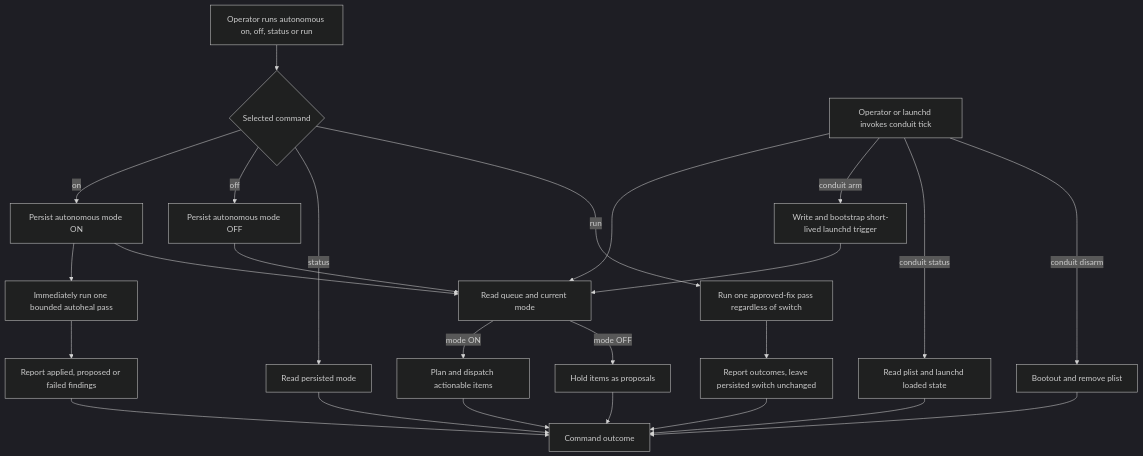
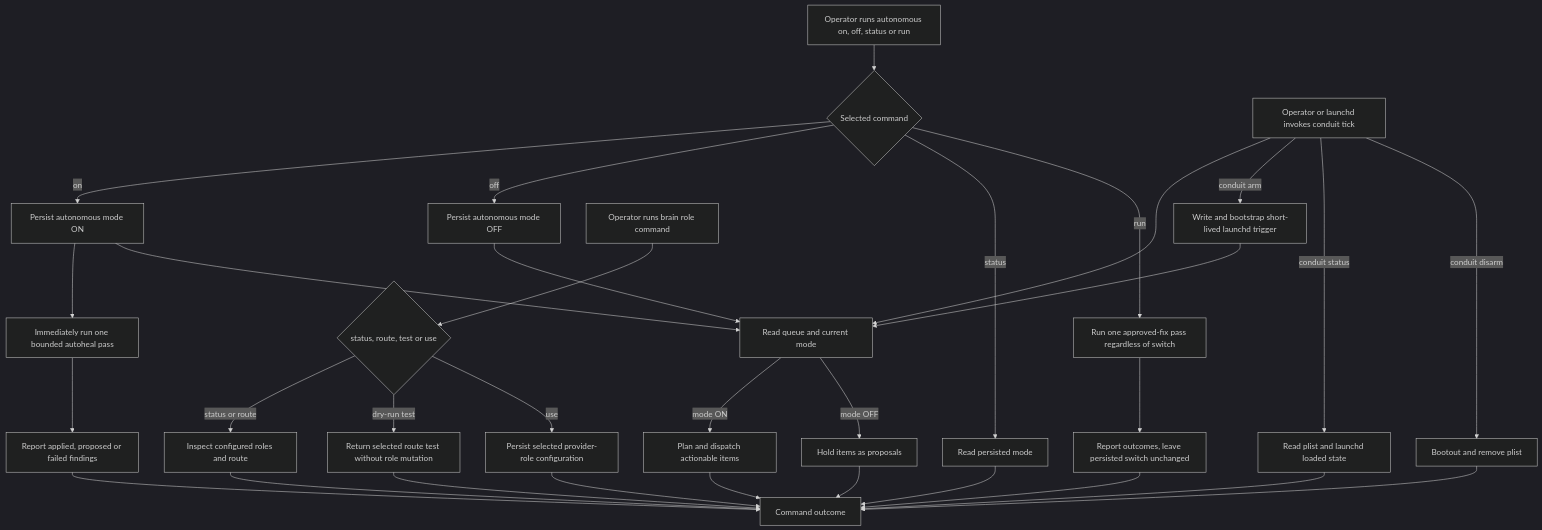
Diagram 28 of 45 in docs/stacklab/pantheon-pt/canon/DIAGRAMS_PRODUCT_OPERATIONS.md (SirsiMaster/sirsi-pantheon), drawn with Mermaid (dark theme) before and after one commit. The commit also changed other lines of this file, not shown here.

````diff
--- a/docs/stacklab/pantheon-pt/canon/DIAGRAMS_PRODUCT_OPERATIONS.md
+++ b/docs/stacklab/pantheon-pt/canon/DIAGRAMS_PRODUCT_OPERATIONS.md
@@ -791,27 +822,34 @@
 ```mermaid
 flowchart TD
   OP[Operator runs autonomous on, off, status or run] --> CMD{Selected command}
   CMD -->|on| SETON[Persist autonomous mode ON]
   SETON --> PASS[Immediately run one bounded autoheal pass]
   PASS --> REPORT[Report applied, proposed or failed findings]
   CMD -->|off| SETOFF[Persist autonomous mode OFF]
   CMD -->|status| STATUS[Read persisted mode]
   CMD -->|run| APPROVED[Run one approved-fix pass regardless of switch]
   APPROVED --> PASSREPORT[Report outcomes, leave persisted switch unchanged]
+  BRAIN[Operator runs brain role command] --> ROLE{status, route, test or use}
+  ROLE -->|status or route| ROLEOBS[Inspect configured roles and route]
+  ROLE -->|dry-run test| ROLETEST[Return selected route test without role mutation]
+  ROLE -->|use| ROLEWRITE[Persist selected provider-role configuration]
+  ROLEOBS --> OUT
+  ROLETEST --> OUT
+  ROLEWRITE --> OUT
   OP2[Operator or launchd invokes conduit tick] --> TICK[Read queue and current mode]
   TICK -->|mode ON| EXEC[Plan and dispatch actionable items]
   TICK -->|mode OFF| HOLD[Hold items as proposals]
   OP2 -->|conduit arm| ARM[Write and bootstrap short-lived launchd trigger]
   ARM --> TICK
   OP2 -->|conduit status| CSTATUS[Read plist and launchd loaded state]
   OP2 -->|conduit disarm| DISARM[Bootout and remove plist]
   SETOFF --> TICK
   SETON --> TICK
   REPORT --> OUT[Command outcome]
   PASSREPORT --> OUT
   STATUS --> OUT
   EXEC --> OUT
   HOLD --> OUT
   CSTATUS --> OUT
   DISARM --> OUT
 ```
````
